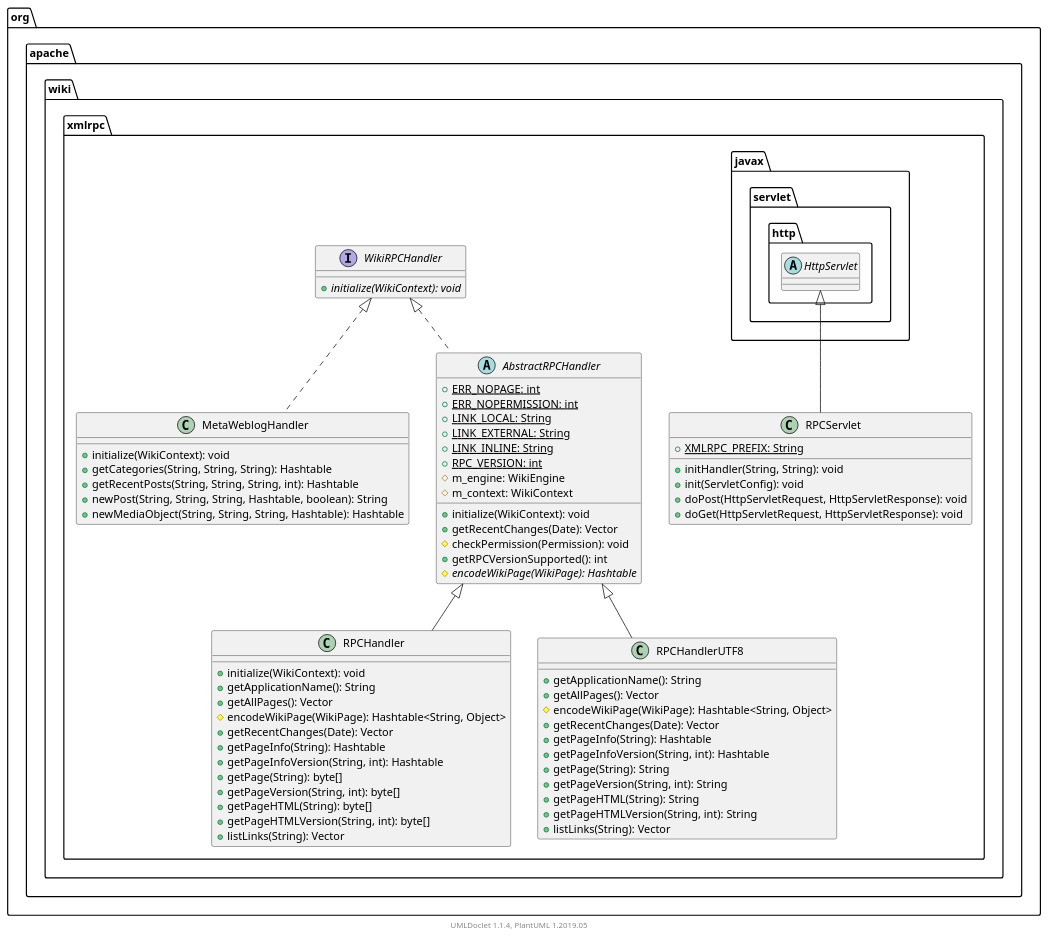
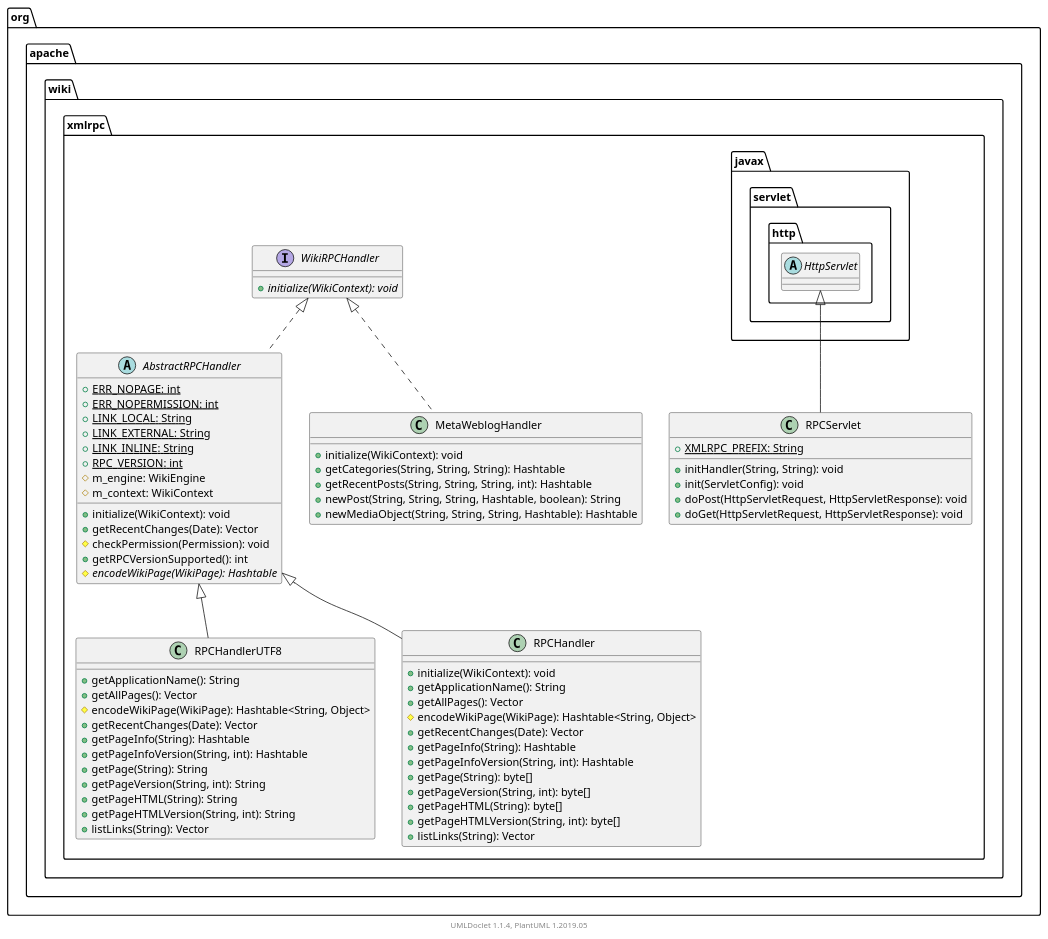
The diagram in apidocs/2.11.0.M7-SNAPSHOT/org/apache/wiki/xmlrpc/package.puml (apache/jspwiki-site), drawn with PlantUML before and after one commit. The commit also changed other lines of this file and 1163 other files, not shown here.

```diff
--- a/apidocs/2.11.0.M7-SNAPSHOT/org/apache/wiki/xmlrpc/package.puml
+++ b/apidocs/2.11.0.M7-SNAPSHOT/org/apache/wiki/xmlrpc/package.puml
@@ -1,85 +1,85 @@
 @startuml
 
     namespace org.apache.wiki.xmlrpc {
-
-        class RPCHandler [[RPCHandler.html]] {
-            +initialize(WikiContext): void
-            +getApplicationName(): String
-            +getAllPages(): Vector
-            #encodeWikiPage(WikiPage): Hashtable<String, Object>
-            +getRecentChanges(Date): Vector
-            +getPageInfo(String): Hashtable
-            +getPageInfoVersion(String, int): Hashtable
-            +getPage(String): byte[]
-            +getPageVersion(String, int): byte[]
-            +getPageHTML(String): byte[]
-            +getPageHTMLVersion(String, int): byte[]
-            +listLinks(String): Vector
-        }
-
-        class RPCHandlerUTF8 [[RPCHandlerUTF8.html]] {
-            +getApplicationName(): String
-            +getAllPages(): Vector
-            #encodeWikiPage(WikiPage): Hashtable<String, Object>
-            +getRecentChanges(Date): Vector
-            +getPageInfo(String): Hashtable
-            +getPageInfoVersion(String, int): Hashtable
-            +getPage(String): String
-            +getPageVersion(String, int): String
-            +getPageHTML(String): String
-            +getPageHTMLVersion(String, int): String
-            +listLinks(String): Vector
-        }
-
-        interface WikiRPCHandler [[WikiRPCHandler.html]] {
-            {abstract} +initialize(WikiContext): void
-        }
-
-        class MetaWeblogHandler [[MetaWeblogHandler.html]] {
-            +initialize(WikiContext): void
-            +getCategories(String, String, String): Hashtable
-            +getRecentPosts(String, String, String, int): Hashtable
-            +newPost(String, String, String, Hashtable, boolean): String
-            +newMediaObject(String, String, String, Hashtable): Hashtable
-        }
 
         class RPCServlet [[RPCServlet.html]] {
             {static} +XMLRPC_PREFIX: String
             +initHandler(String, String): void
             +init(ServletConfig): void
             +doPost(HttpServletRequest, HttpServletResponse): void
             +doGet(HttpServletRequest, HttpServletResponse): void
+        }
+
+        interface WikiRPCHandler [[WikiRPCHandler.html]] {
+            {abstract} +initialize(WikiContext): void
         }
 
         abstract class AbstractRPCHandler [[AbstractRPCHandler.html]] {
             {static} +ERR_NOPAGE: int
             {static} +ERR_NOPERMISSION: int
             {static} +LINK_LOCAL: String
             {static} +LINK_EXTERNAL: String
             {static} +LINK_INLINE: String
             {static} +RPC_VERSION: int
             #m_engine: WikiEngine
             #m_context: WikiContext
             +initialize(WikiContext): void
             +getRecentChanges(Date): Vector
             #checkPermission(Permission): void
             +getRPCVersionSupported(): int
             {abstract} #encodeWikiPage(WikiPage): Hashtable
         }
 
-        AbstractRPCHandler <|-- RPCHandler
+        class RPCHandlerUTF8 [[RPCHandlerUTF8.html]] {
+            +getApplicationName(): String
+            +getAllPages(): Vector
+            #encodeWikiPage(WikiPage): Hashtable<String, Object>
+            +getRecentChanges(Date): Vector
+            +getPageInfo(String): Hashtable
+            +getPageInfoVersion(String, int): Hashtable
+            +getPage(String): String
+            +getPageVersion(String, int): String
+            +getPageHTML(String): String
+            +getPageHTMLVersion(String, int): String
+            +listLinks(String): Vector
+        }
 
-        AbstractRPCHandler <|-- RPCHandlerUTF8
+        class MetaWeblogHandler [[MetaWeblogHandler.html]] {
+            +initialize(WikiContext): void
+            +getCategories(String, String, String): Hashtable
+            +getRecentPosts(String, String, String, int): Hashtable
+            +newPost(String, String, String, Hashtable, boolean): String
+            +newMediaObject(String, String, String, Hashtable): Hashtable
+        }
 
-        WikiRPCHandler <|.. MetaWeblogHandler
+        class RPCHandler [[RPCHandler.html]] {
+            +initialize(WikiContext): void
+            +getApplicationName(): String
+            +getAllPages(): Vector
+            #encodeWikiPage(WikiPage): Hashtable<String, Object>
+            +getRecentChanges(Date): Vector
+            +getPageInfo(String): Hashtable
+            +getPageInfoVersion(String, int): Hashtable
+            +getPage(String): byte[]
+            +getPageVersion(String, int): byte[]
+            +getPageHTML(String): byte[]
+            +getPageHTMLVersion(String, int): byte[]
+            +listLinks(String): Vector
+        }
 
         abstract class javax.servlet.http.HttpServlet
         javax.servlet.http.HttpServlet <|-- RPCServlet
 
         WikiRPCHandler <|.. AbstractRPCHandler
 
+        AbstractRPCHandler <|-- RPCHandlerUTF8
+
+        WikiRPCHandler <|.. MetaWeblogHandler
+
+        AbstractRPCHandler <|-- RPCHandler
+
     }
 
 
     center footer UMLDoclet 1.1.4, PlantUML 1.2019.05
 @enduml
```
